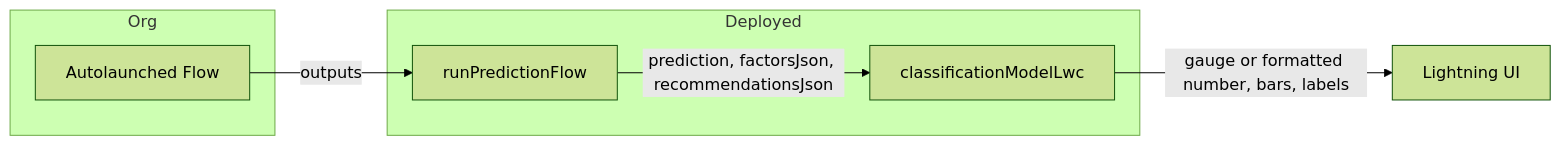
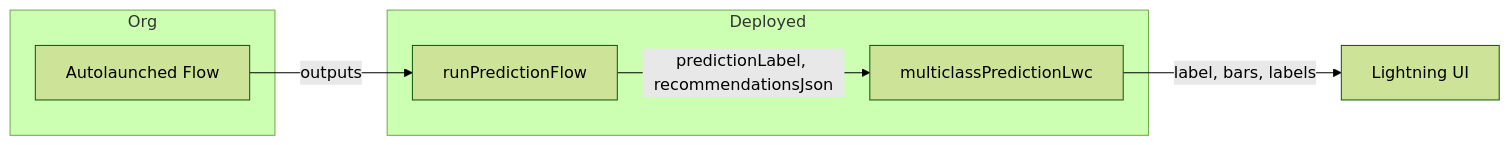
One commit to josers18/JDO changed the second of 2 diagrams in DC_Multiclass_Prediction_LWC/docs/ARCHITECTURE.md. Above: the diagram before and after it, drawn with Mermaid (forest theme). The commit also changed other lines of this file and 20 other files, not shown here.

First line of the commit message:
feat(DC_Multiclass_Prediction_LWC): multiclass text prediction LWC and docs

````diff
--- a/DC_Multiclass_Prediction_LWC/docs/ARCHITECTURE.md
+++ b/DC_Multiclass_Prediction_LWC/docs/ARCHITECTURE.md
@@ -49,13 +49,13 @@
 ```mermaid
 flowchart LR
     subgraph Org
         F[Autolaunched Flow]
     end
     subgraph Deployed
         A[runPredictionFlow]
-        L[classificationModelLwc]
+        L[multiclassPredictionLwc]
     end
     F -->|outputs| A
-    A -->|prediction, factorsJson, recommendationsJson| L
-    L -->|gauge or formatted number, bars, labels| UI[Lightning UI]
+    A -->|predictionLabel, recommendationsJson| L
+    L -->|label, bars, labels| UI[Lightning UI]
 ```
````
